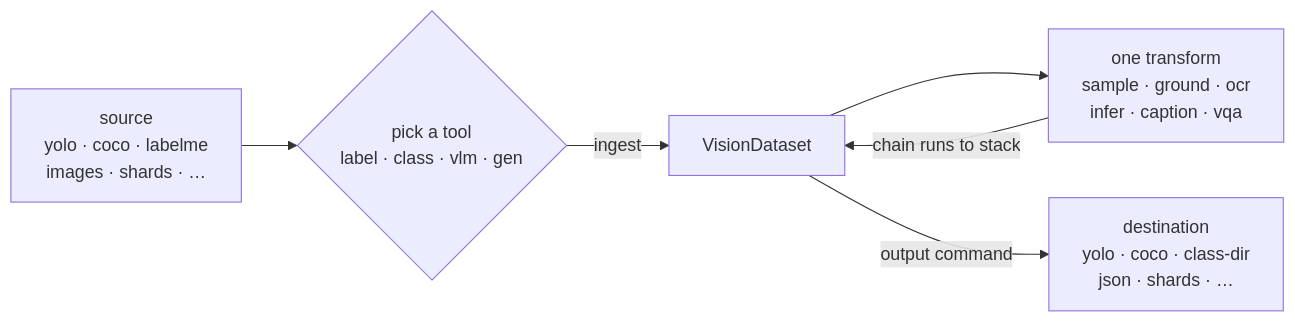
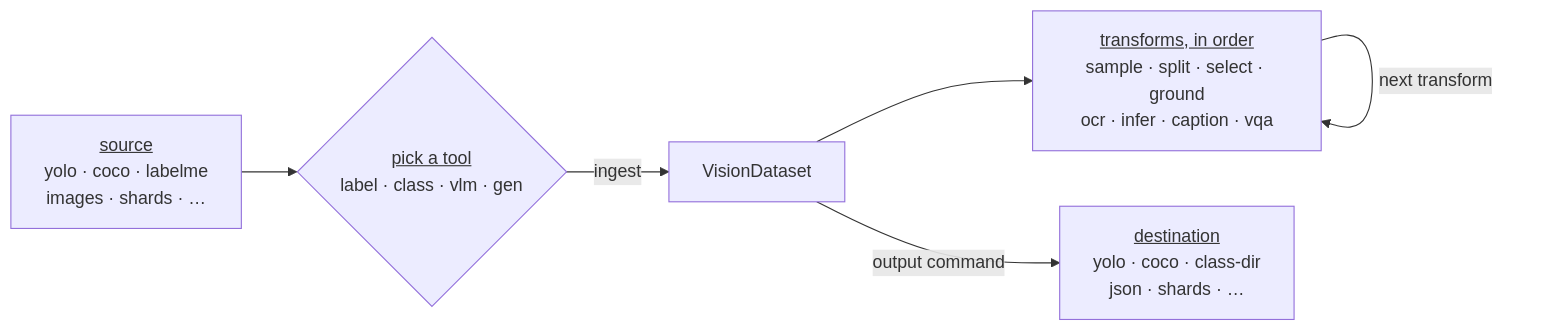
One commit to ptonso/cv-suite changed the diagram in README.md. Above: the diagram before and after it, drawn with Mermaid. The commit also changed other lines of this file and 1 other file, not shown here.

Commit message:
fix(docs): replace the Gitea badges, repair the mermaid labels and drop the nonexistent setup command.

````diff
--- a/README.md
+++ b/README.md
@@ -70,11 +79,11 @@
 ```mermaid
 flowchart LR
-    SRC["source<br/>yolo · coco · labelme<br/>images · shards · …"] --> TOOL
+    SRC["<u>source</u><br>yolo · coco · labelme<br>images · shards · …"] --> TOOL
 
-    TOOL{"pick a tool<br/>label · class · vlm · gen"} -->|ingest| DS["VisionDataset"]
+    TOOL{"<u>pick a tool</u><br>label · class · vlm · gen"} -->|ingest| DS["VisionDataset"]
 
-    DS --> TF["one transform<br/>sample · ground · ocr<br/>infer · caption · vqa"]
-    TF -->|"chain runs to stack"| DS
+    DS --> TF["<u>transforms, in order</u><br>sample · split · select · ground<br>ocr · infer · caption · vqa"]
+    TF -->|"next transform"| TF
 
-    DS -->|output command| DST["destination<br/>yolo · coco · class-dir<br/>json · shards · …"]
+    DS -->|output command| DST["<u>destination</u><br>yolo · coco · class-dir<br/>json · shards · …"]
 ```
````
